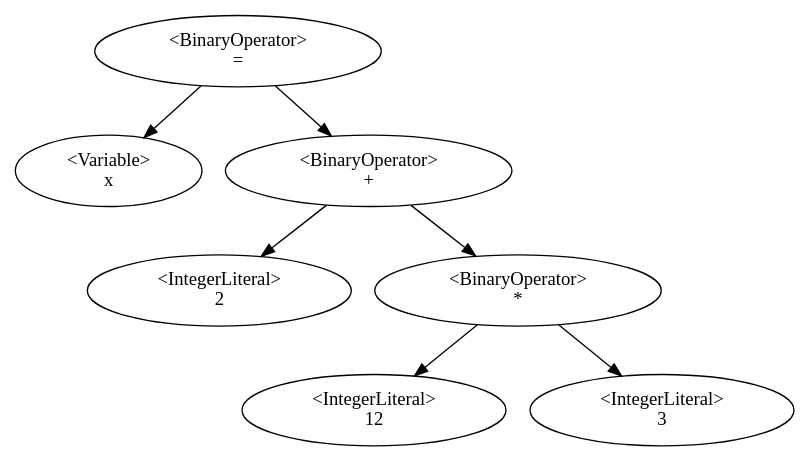
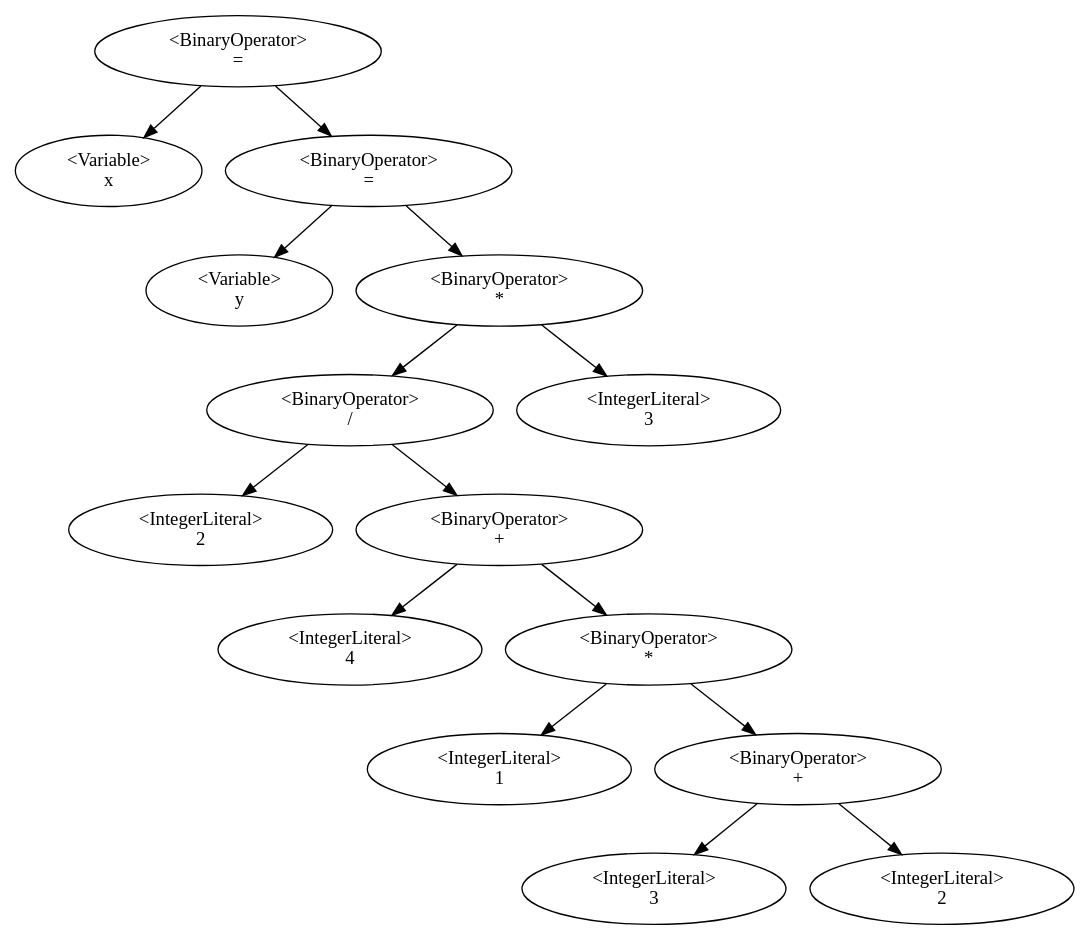
One commit to QazmoQwerty/dino changed the diagram in Dino/Dino/AstDisplay.gv. Above: the diagram before and after it, drawn with Graphviz. The commit also changed 7 other files, not shown here.

```diff
--- a/Dino/Dino/AstDisplay.gv
+++ b/Dino/Dino/AstDisplay.gv
@@ -1,9 +1,17 @@
 digraph G {
 2 [label="<BinaryOperator>\n="];2->1;2->4;
 1 [label="<Variable>\nx"];
-4 [label="<BinaryOperator>\n+"];4->3;4->6;
-3 [label="<IntegerLiteral>\n2"];
-6 [label="<BinaryOperator>\n*"];6->5;6->7;
-5 [label="<IntegerLiteral>\n12"];
-7 [label="<IntegerLiteral>\n3"];
+4 [label="<BinaryOperator>\n="];4->3;4->14;
+3 [label="<Variable>\ny"];
+14 [label="<BinaryOperator>\n*"];14->6;14->15;
+6 [label="<BinaryOperator>\n/"];6->5;6->8;
+5 [label="<IntegerLiteral>\n2"];
+8 [label="<BinaryOperator>\n+"];8->7;8->10;
+7 [label="<IntegerLiteral>\n4"];
+10 [label="<BinaryOperator>\n*"];10->9;10->12;
+9 [label="<IntegerLiteral>\n1"];
+12 [label="<BinaryOperator>\n+"];12->11;12->13;
+11 [label="<IntegerLiteral>\n3"];
+13 [label="<IntegerLiteral>\n2"];
+15 [label="<IntegerLiteral>\n3"];
 }
```
